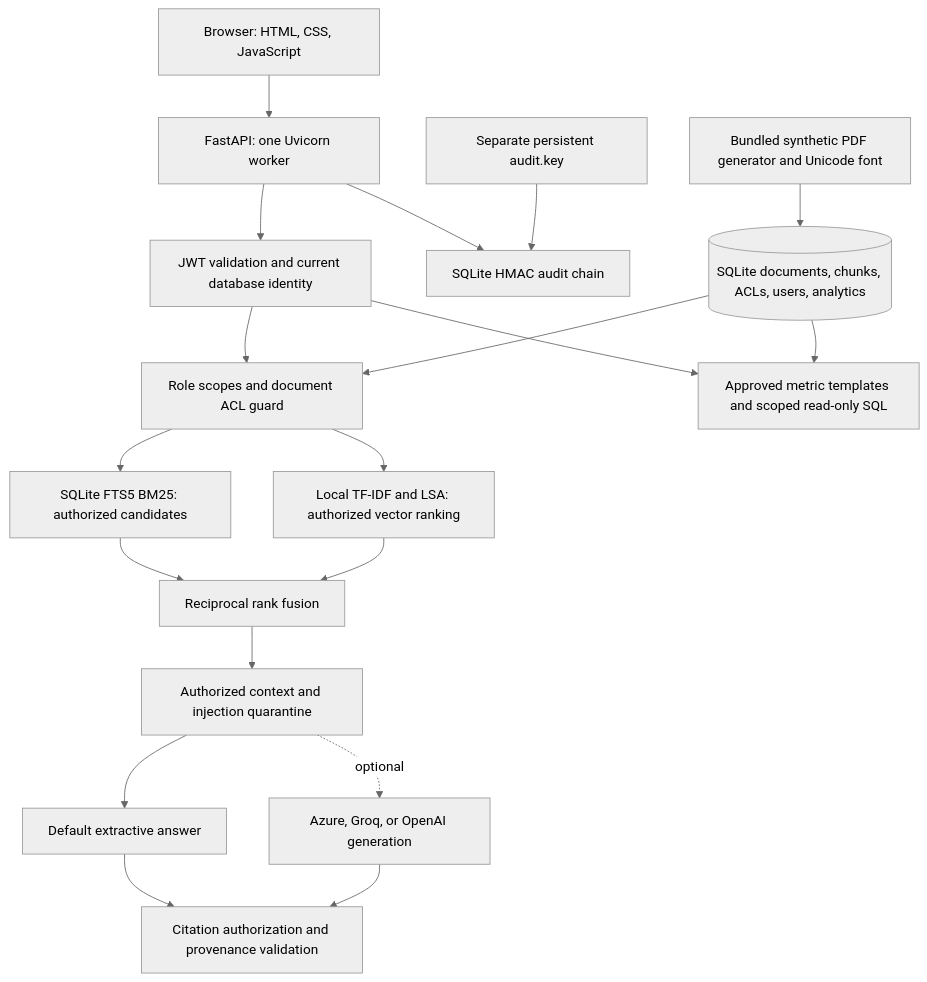
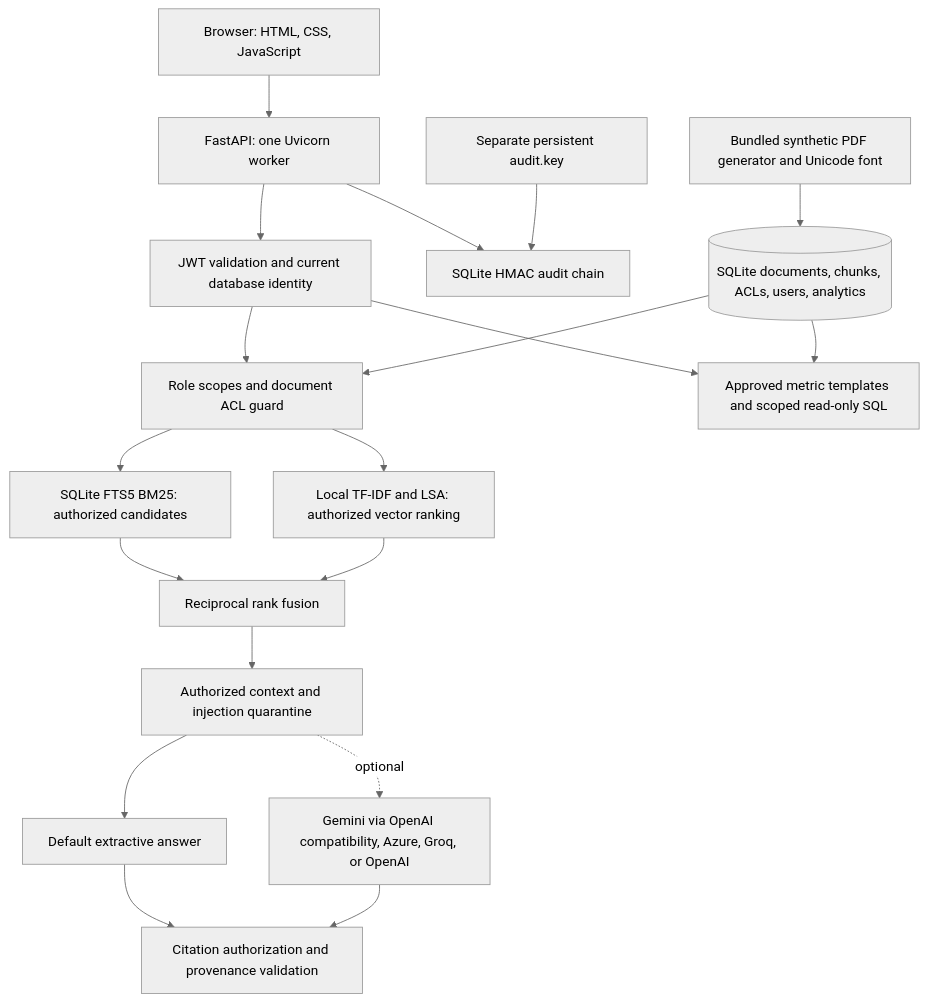
The diagram in README.md (dyson-25/orgmind-rbac-rag), drawn with Mermaid (neutral theme) before and after one commit. The commit also changed other lines of this file and 28 other files, not shown here.

````diff
--- a/README.md
+++ b/README.md
@@ -15,21 +15,21 @@
 ```mermaid
 flowchart TD
     Browser[Browser: HTML, CSS, JavaScript] --> API[FastAPI: one Uvicorn worker]
     API --> Auth[JWT validation and current database identity]
     Auth --> Guard[Role scopes and document ACL guard]
     Guard --> BM25[SQLite FTS5 BM25: authorized candidates]
     Guard --> LSA[Local TF-IDF and LSA: authorized vector ranking]
     BM25 --> RRF[Reciprocal rank fusion]
     LSA --> RRF
     RRF --> Context[Authorized context and injection quarantine]
     Context --> Local[Default extractive answer]
-    Context -. optional .-> Provider[Azure, Groq, or OpenAI generation]
+    Context -. optional .-> Provider[Gemini via OpenAI compatibility, Azure, Groq, or OpenAI]
     Local --> Citations[Citation authorization and provenance validation]
     Provider --> Citations
     Auth --> SQL[Approved metric templates and scoped read-only SQL]
     API --> Audit[SQLite HMAC audit chain]
     Seed[Bundled synthetic PDF generator and Unicode font] --> DB[(SQLite documents, chunks, ACLs, users, analytics)]
     DB --> Guard
     DB --> SQL
     Key[Separate persistent audit.key] --> Audit
 ```
````
